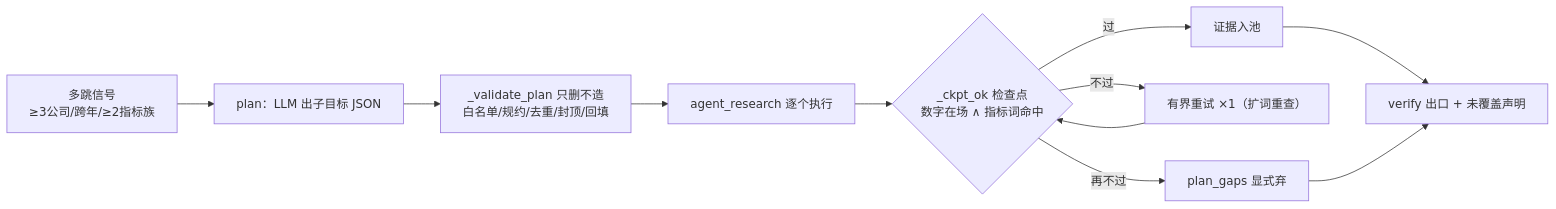
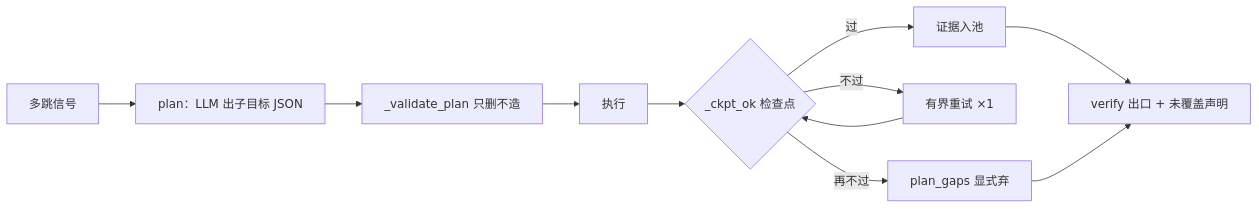
One commit to Ming-H/hands-on-agent-rag changed the diagram in docs/ch10.md. Above: the diagram before and after it, drawn with Mermaid. The commit also changed other lines of this file and 3 other files, not shown here.

````diff
--- a/docs/ch10.md
+++ b/docs/ch10.md
@@ -81,13 +89,13 @@
 ```mermaid
 graph LR
-  Q["多跳信号<br/>≥3公司/跨年/≥2指标族"] --> P["plan：LLM 出子目标 JSON"]
-  P --> V["_validate_plan 只删不造<br/>白名单/规约/去重/封顶/回填"]
-  V --> EX["agent_research 逐个执行"]
-  EX --> CK{"_ckpt_ok 检查点<br/>数字在场 ∧ 指标词命中"}
+  Q["多跳信号"] --> P["plan：LLM 出子目标 JSON"]
+  P --> V["_validate_plan 只删不造"]
+  V --> EX["执行"]
+  EX --> CK{"_ckpt_ok 检查点"}
   CK -->|过| OK["证据入池"]
-  CK -->|不过| RT["有界重试 ×1（扩词重查）"]
+  CK -->|不过| RT["有界重试 ×1"]
   RT --> CK
   CK -->|再不过| GAP["plan_gaps 显式弃"]
   OK --> ANS["verify 出口 + 未覆盖声明"]
   GAP --> ANS
 ```
````
